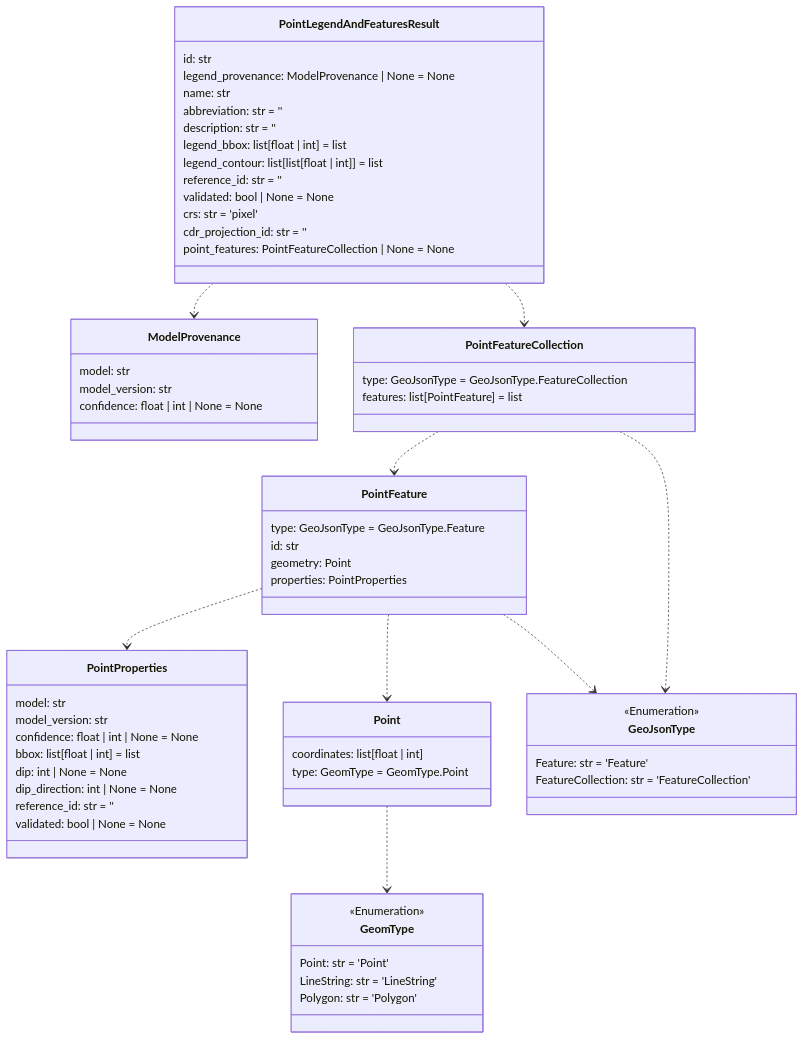
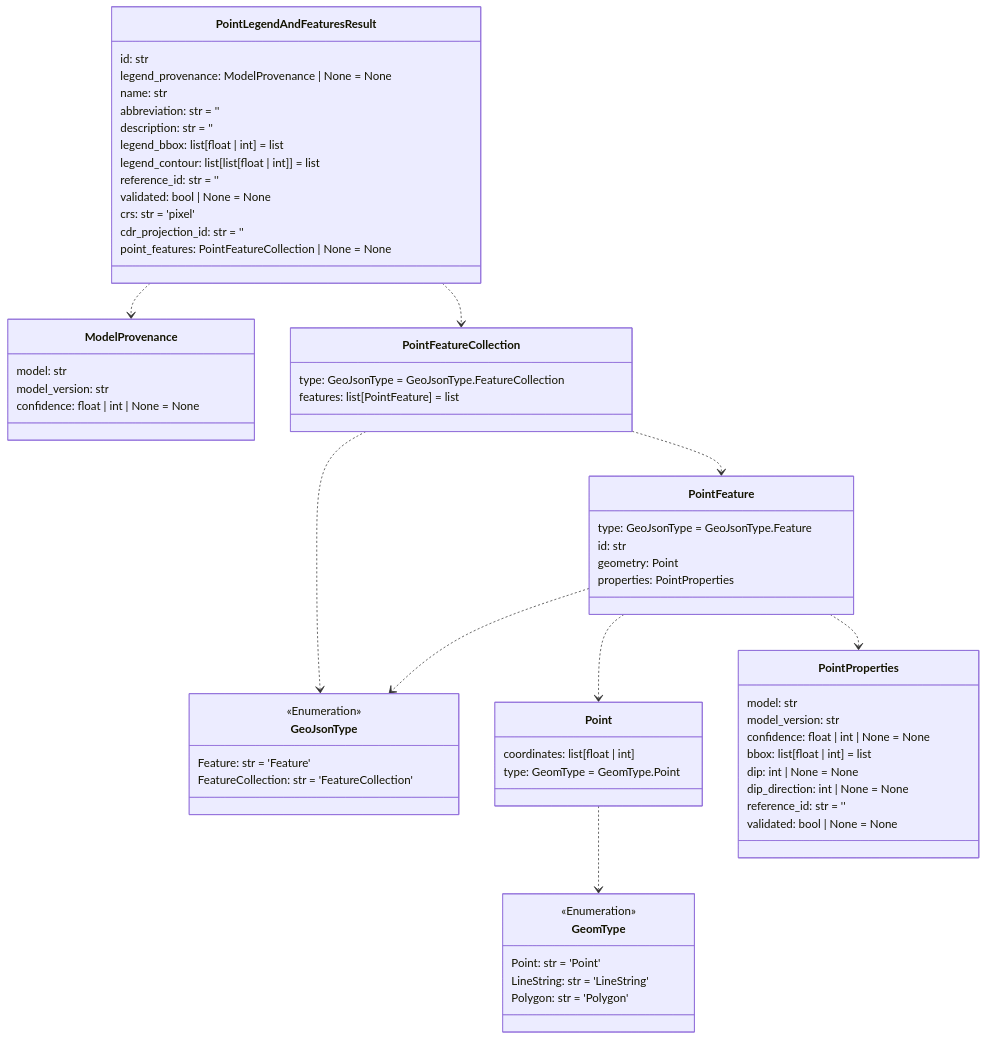
The fifth of 14 diagrams in README.md (DARPA-CRITICALMAAS/cdr_schemas), drawn with Mermaid before and after one commit. The commit also changed other lines of this file, not shown here.

````diff
--- a/README.md
+++ b/README.md
@@ -368,76 +368,76 @@
 ```mermaid
 classDiagram
 
-    class PointProperties {
+    class ModelProvenance {
         model: str
         model_version: str
         confidence: float | int | None = None
-        bbox: list[float | int] = list
-        dip: int | None = None
-        dip_direction: int | None = None
-        reference_id: str = ''
-        validated: bool | None = None
+    }
+
+    class Point {
+        coordinates: list[float | int]
+        type: GeomType = GeomType.Point
     }
 
     class PointFeatureCollection {
         type: GeoJsonType = GeoJsonType.FeatureCollection
         features: list[PointFeature] = list
+    }
+
+    class GeoJsonType {
+        <<Enumeration>>
+        Feature: str = 'Feature'
+        FeatureCollection: str = 'FeatureCollection'
     }
 
     class PointLegendAndFeaturesResult {
         id: str
         legend_provenance: ModelProvenance | None = None
         name: str
         abbreviation: str = ''
         description: str = ''
         legend_bbox: list[float | int] = list
         legend_contour: list[list[float | int]] = list
         reference_id: str = ''
         validated: bool | None = None
         crs: str = 'pixel'
         cdr_projection_id: str = ''
         point_features: PointFeatureCollection | None = None
     }
 
-    class GeoJsonType {
-        <<Enumeration>>
-        Feature: str = 'Feature'
-        FeatureCollection: str = 'FeatureCollection'
+    class PointProperties {
+        model: str
+        model_version: str
+        confidence: float | int | None = None
+        bbox: list[float | int] = list
+        dip: int | None = None
+        dip_direction: int | None = None
+        reference_id: str = ''
+        validated: bool | None = None
     }
 
     class PointFeature {
         type: GeoJsonType = GeoJsonType.Feature
         id: str
         geometry: Point
         properties: PointProperties
     }
 
-    class ModelProvenance {
-        model: str
-        model_version: str
-        confidence: float | int | None = None
-    }
-
     class GeomType {
         <<Enumeration>>
         Point: str = 'Point'
         LineString: str = 'LineString'
         Polygon: str = 'Polygon'
     }
 
-    class Point {
-        coordinates: list[float | int]
-        type: GeomType = GeomType.Point
-    }
-
     Point ..> GeomType
+    PointFeature ..> GeoJsonType
+    PointFeature ..> Point
     PointFeature ..> PointProperties
-    PointFeature ..> Point
-    PointFeature ..> GeoJsonType
+    PointFeatureCollection ..> GeoJsonType
     PointFeatureCollection ..> PointFeature
-    PointFeatureCollection ..> GeoJsonType
     PointLegendAndFeaturesResult ..> ModelProvenance
     PointLegendAndFeaturesResult ..> PointFeatureCollection
 
 
 ```
````
